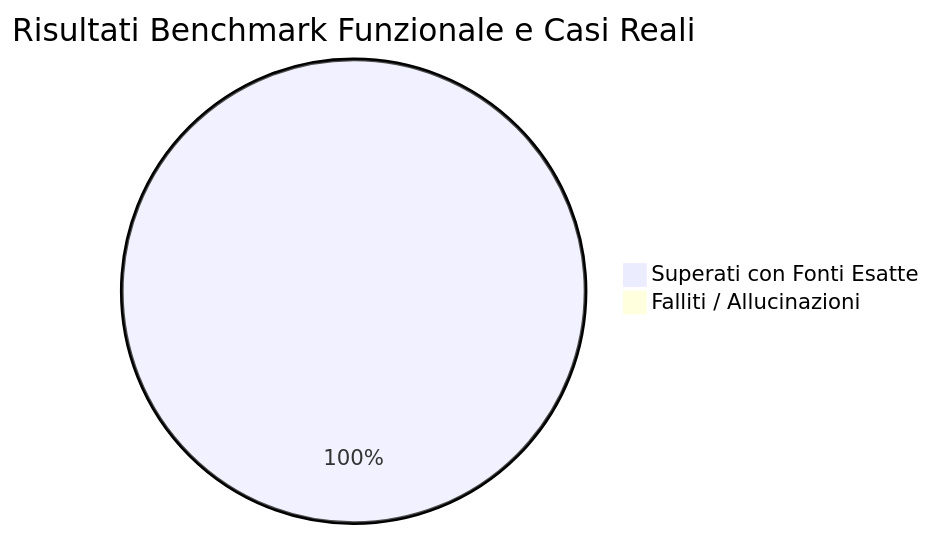
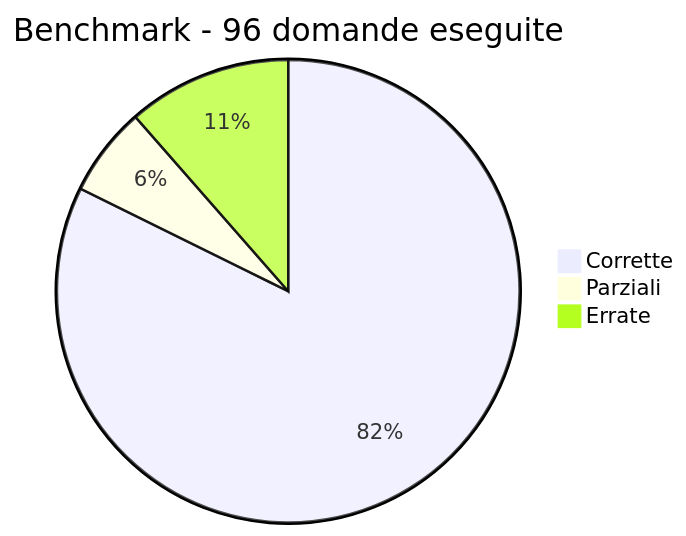
One commit to simorina/GraphResponsa changed the fifth of 5 diagrams in docs/architettura-agente.md. Above: the diagram before and after it, drawn with Mermaid. The commit also changed other lines of this file and 68 other files, not shown here.

````diff
--- a/docs/architettura-agente.md
+++ b/docs/architettura-agente.md
@@ -172,5 +293,6 @@
 ```mermaid
-pie title Risultati Benchmark Funzionale e Casi Reali
-    "Superati con Fonti Esatte" : 9
-    "Falliti / Allucinazioni" : 0
+pie title Benchmark - 96 domande eseguite
+    "Corrette" : 79
+    "Parziali" : 6
+    "Errate" : 11
 ```
````
